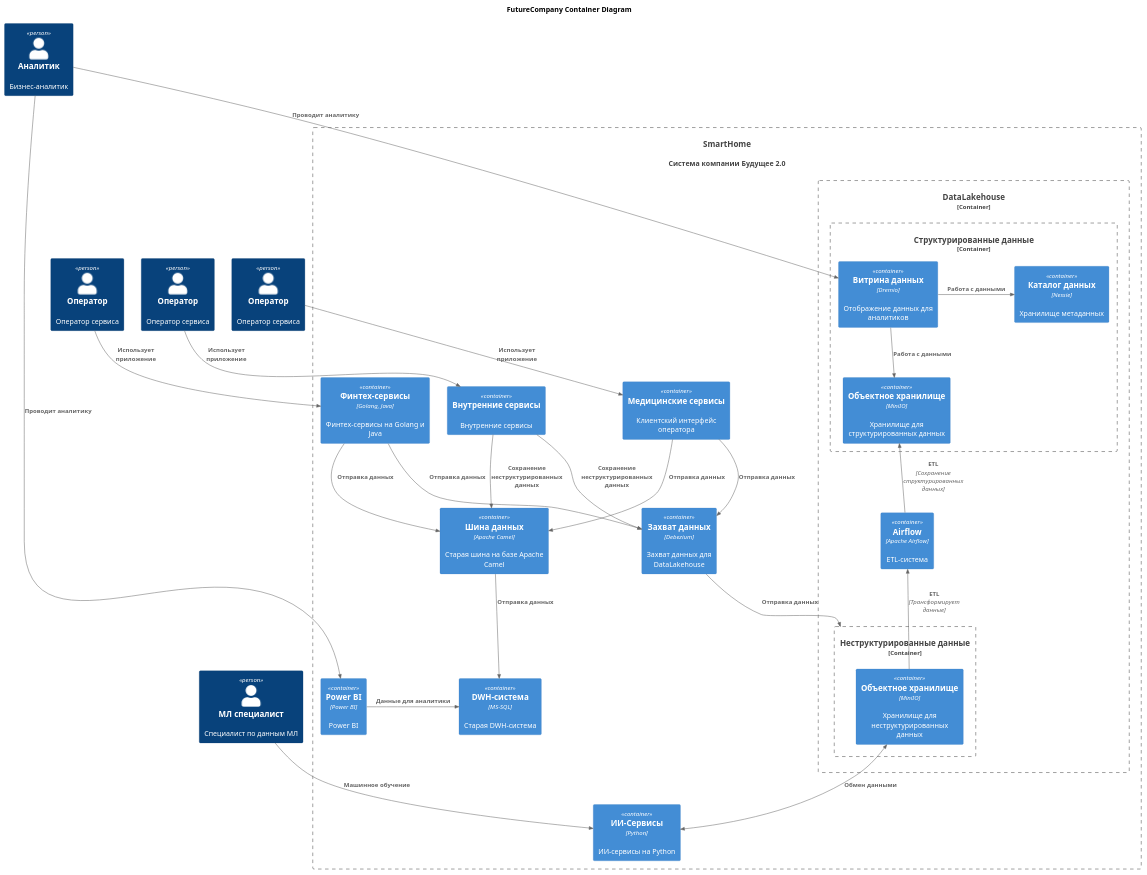
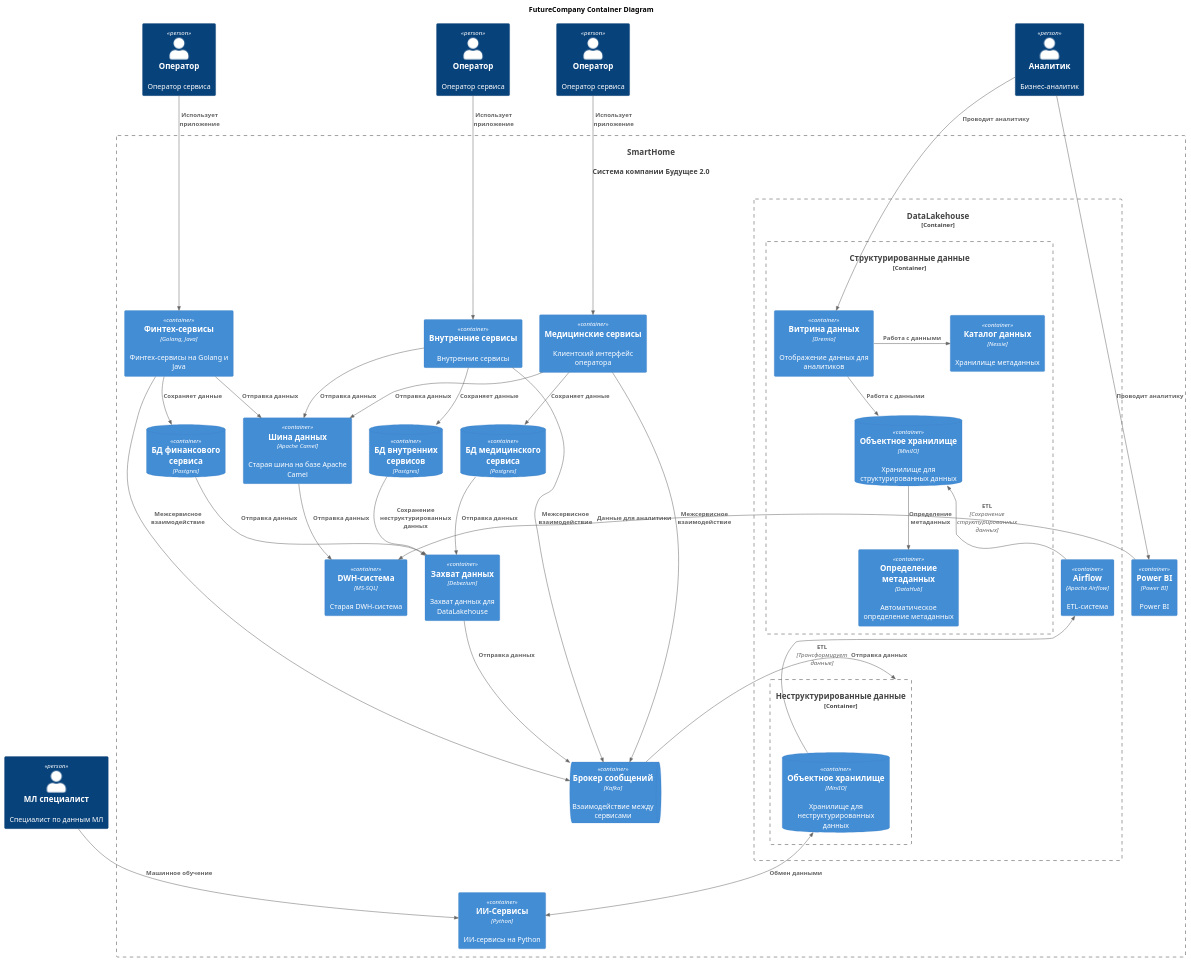
One commit to noisegrind3r/architecture-sprint-11 changed the diagram in Task1/container_diagram.puml. Above: the diagram before and after it, drawn with PlantUML. The commit also changed 5 other files, not shown here.

```diff
--- a/Task1/container_diagram.puml
+++ b/Task1/container_diagram.puml
@@ -1,76 +1,96 @@
 @startuml
 title FutureCompany Container Diagram
 
 top to bottom direction
 
 !includeurl https://raw.githubusercontent.com/RicardoNiepel/C4-PlantUML/master/C4_Component.puml
 
 Person(medic, "Оператор", "Оператор сервиса")
 Person(finance, "Оператор", "Оператор сервиса")
 Person(user, "Оператор", "Оператор сервиса")
 
 Person(ai_spec, "МЛ специалист", "Специалист по данным МЛ")
 Person(analytic, "Аналитик", "Бизнес-аналитик")
 
 System(FutureCompanySystem, "SmartHome", "Система компании Будущее 2.0")
 
 Container_Boundary(FutureCompanySystem, "Система компании Будущее 2.0") {
 
   Container(MedicalService, "Медицинские сервисы", "", "Клиентский интерфейс оператора")
   Container(FintechService, "Финтех-сервисы", "Golang, Java", "Финтех-сервисы на Golang и Java")
   Container(InnerService, "Внутренние сервисы", "", "Внутренние сервисы")
 
+  ContainerDb(MedicalServiceDb, "БД медицинского сервиса", "Postgres")
+  ContainerDb(FintechServiceDb, "БД финансового сервиса", "Postgres")
+  ContainerDb(InnerServiceDb, "БД внутренних сервисов", "Postgres")
+
   Container(DataBus, "Шина данных", "Apache Camel", "Старая шина на базе Apache Camel")
   Container(Debezium, "Захват данных", "Debezium", "Захват данных для DataLakehouse")
 
   Container_Boundary(DataLakehouse, "DataLakehouse") {
 
     Container_Boundary(UnstructureData, "Неструктурированные данные") {
 
-      Container(MiniIoUnstruct, "Объектное хранилище", "MiniIO", "Хранилище для неструктурированных данных")
+      ContainerDb(MiniIoUnstruct, "Объектное хранилище", "MiniIO", "Хранилище для неструктурированных данных")
     }
 
     Container(Airflow, "Airflow", "Apache Airflow", "ETL-система")
 
     Container_Boundary(StructureData, "Структурированные данные") {
       Container(Dremio, "Витрина данных", "Dremio", "Отображение данных для аналитиков")
 
       Container(Nessie, "Каталог данных", "Nessie", "Хранилище метаданных")
-      Container(MiniIoStruct, "Объектное хранилище", "MiniIO", "Хранилище для структурированных данных")
+      ContainerDb(MiniIoStruct, "Объектное хранилище", "MiniIO", "Хранилище для структурированных данных")
+
+      Container(DataHub, "Определение метаданных", "DataHub", "Автоматическое определение метаданных")
+
     }
   }
   Container(DWH, "DWH-система", "MS-SQL", "Старая DWH-система")
   Container(PowerBI, "Power BI", "Power BI", "Power BI")
   Container(AIService, "ИИ-Сервисы", "Python", "ИИ-сервисы на Python")
+  ContainerQueue(Kafka, "Брокер сообщений", "Kafka", "Взаимодействие между сервисами")
 }
 
 Rel_D(medic, MedicalService, "Использует приложение")
 Rel_D(finance, FintechService, "Использует приложение")
 Rel_D(user, InnerService, "Использует приложение")
+
+Rel_D(MedicalService, MedicalServiceDb, "Сохраняет данные")
+Rel_D(FintechService, FintechServiceDb, "Сохраняет данные")
+Rel_D(InnerService, InnerServiceDb, "Сохраняет данные")
 
 Rel_D(ai_spec, AIService, "Машинное обучение")
 Rel_D(analytic, PowerBI, "Проводит аналитику")
 
 Rel_D(analytic, Dremio, "Проводит аналитику")
 
 Rel_D(MedicalService, DataBus, "Отправка данных")
 Rel_D(FintechService, DataBus, "Отправка данных")
-Rel_D(InnerService, DataBus, "Сохранение неструктурированных данных")
+Rel_D(InnerService, DataBus, "Отправка данных")
 
-Rel_D(MedicalService, Debezium, "Отправка данных")
-Rel_D(FintechService, Debezium, "Отправка данных")
-Rel_D(InnerService, Debezium, "Сохранение неструктурированных данных")
+Rel_D(MedicalService, Kafka, "Межсервисное взаимодействие")
+Rel_D(FintechService, Kafka, "Межсервисное взаимодействие")
+Rel_D(InnerService, Kafka, "Межсервисное взаимодействие")
+
+
+Rel_D(MedicalServiceDb, Debezium, "Отправка данных")
+Rel_D(FintechServiceDb, Debezium, "Отправка данных")
+Rel_D(InnerServiceDb, Debezium, "Сохранение неструктурированных данных")
 
 Rel_D(DataBus, DWH, "Отправка данных")
-Rel_D(Debezium, UnstructureData, "Отправка данных")
+Rel_D(Debezium, Kafka, "Отправка данных")
+Rel_R(Kafka, UnstructureData, "Отправка данных")
 
 Rel_U(MiniIoUnstruct, Airflow, "ETL","Трансформирует данные")
 Rel_U(Airflow, MiniIoStruct, "ETL","Сохранение структурированных данных")
 
 Rel_Neighbor(Dremio, Nessie, "Работа с данными")
 Rel_D(Dremio, MiniIoStruct, "Работа с данными")
 
+Rel_D(MiniIoStruct, DataHub, "Определение метаданных")
+
 BiRel_U(AIService, MiniIoUnstruct, "Обмен данными")
 Rel_L(PowerBI, DWH, "Данные для аналитики")
 
 @enduml
```
